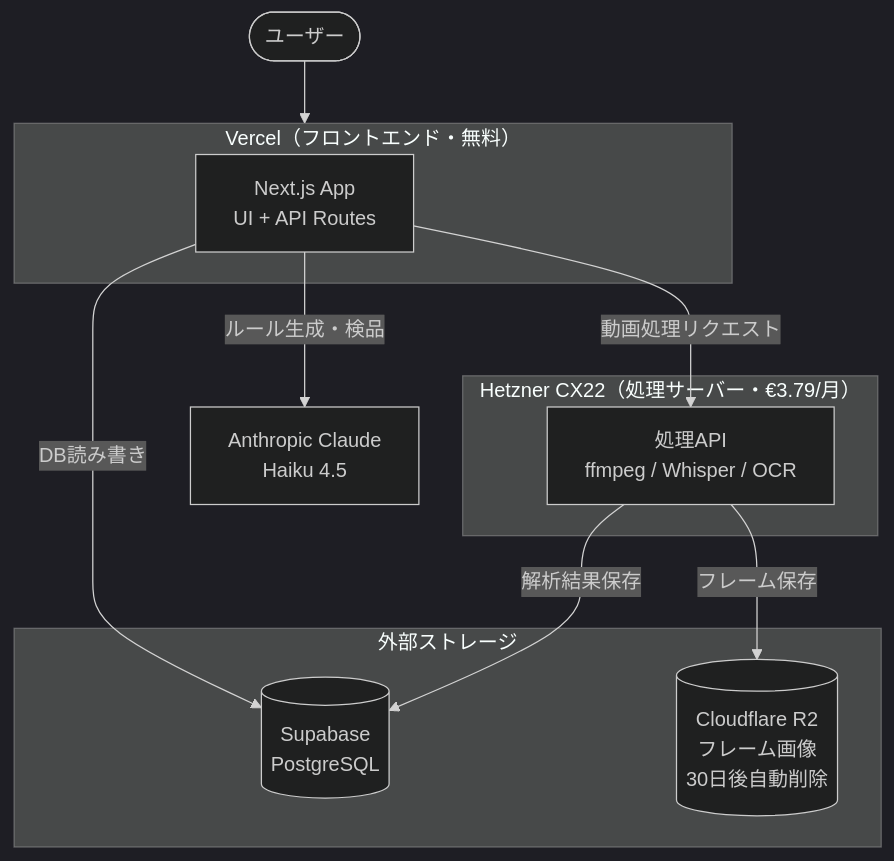
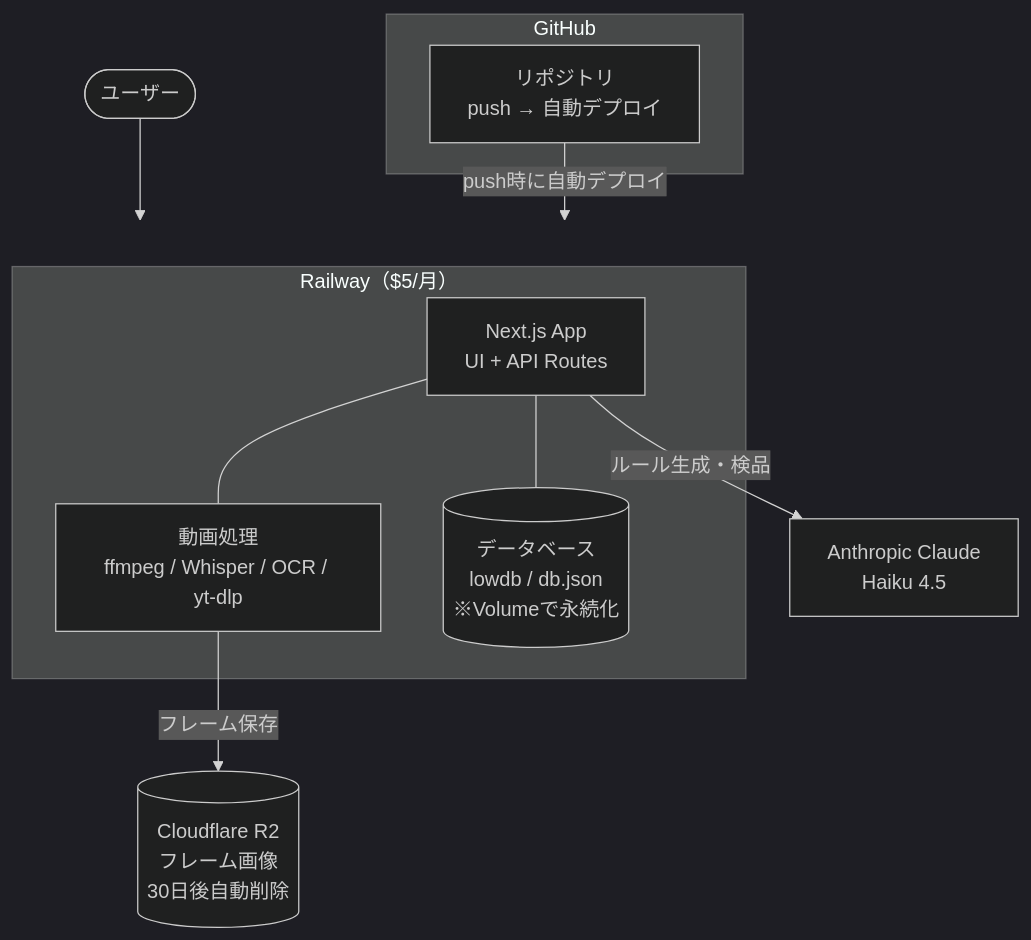
Before and after one commit to otsuyu1025/videorule-forge: the diagram in README.md, drawn with Mermaid (dark theme). The commit also changed other lines of this file, not shown here.

Commit message:
docs: システム構成図をRailway構成に更新
Vercel+Hetzner構成から Railway単体構成に変更。
Vercel停止・Hetzner未使用を反映。

````diff
--- a/README.md
+++ b/README.md
@@ -11,25 +11,23 @@
 ```mermaid
 graph TB
-    User([ユーザー]) --> Vercel
+    User([ユーザー]) --> Railway
 
-    subgraph Vercel ["Vercel（フロントエンド・無料）"]
+    subgraph Railway ["Railway（$5/月）"]
         UI["Next.js App\nUI + API Routes"]
+        Proc["動画処理\nffmpeg / Whisper / OCR / yt-dlp"]
+        DB2[("データベース\nlowdb / db.json\n※Volumeで永続化")]
+        UI --- Proc
+        UI --- DB2
     end
 
-    subgraph Hetzner ["Hetzner CX22（処理サーバー・€3.79/月）"]
-        Proc["処理API\nffmpeg / Whisper / OCR"]
+    subgraph GitHub ["GitHub"]
+        Repo["リポジトリ\npush → 自動デプロイ"]
     end
 
-    subgraph Store ["外部ストレージ"]
-        DB[(Supabase\nPostgreSQL)]
-        R2[(Cloudflare R2\nフレーム画像\n30日後自動削除)]
-    end
-
+    R2[(Cloudflare R2\nフレーム画像\n30日後自動削除)]
     Claude["Anthropic Claude\nHaiku 4.5"]
 
-    UI -- "DB読み書き" --> DB
-    UI -- "動画処理リクエスト" --> Proc
+    Repo -- "push時に自動デプロイ" --> Railway
     Proc -- "フレーム保存" --> R2
-    Proc -- "解析結果保存" --> DB
     UI -- "ルール生成・検品" --> Claude
 ```
````
